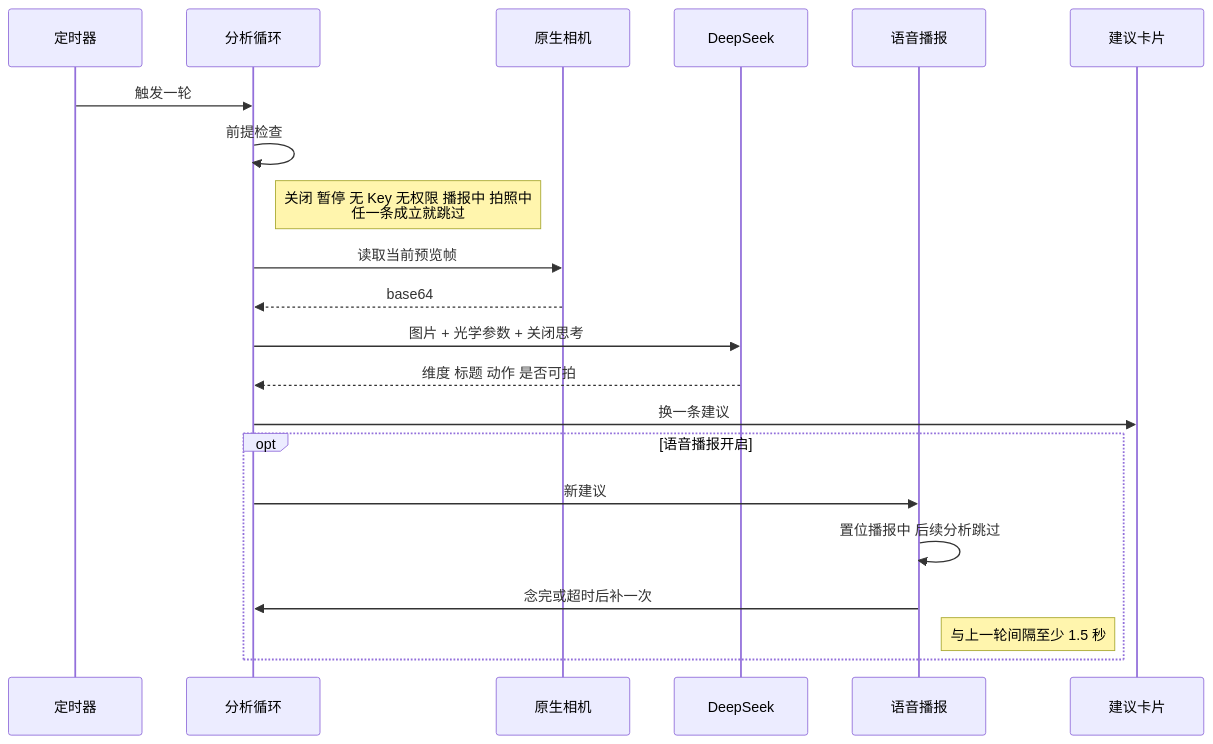
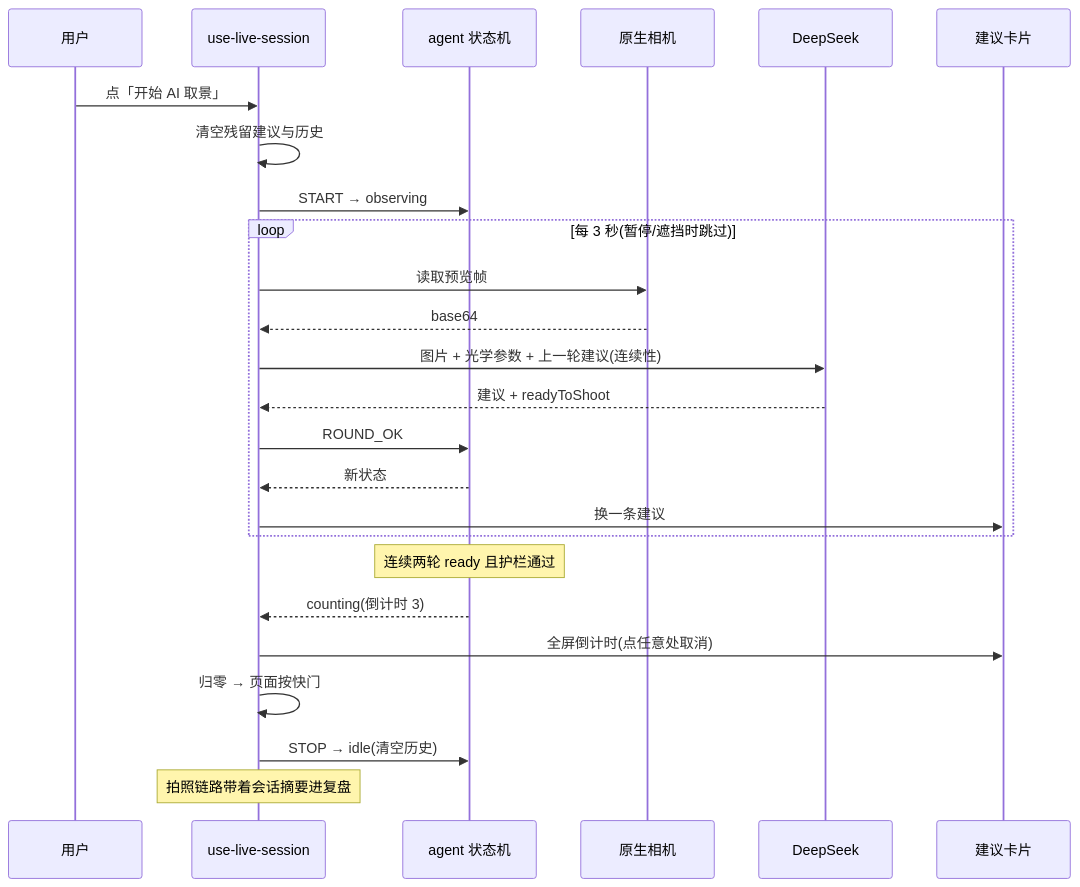
Before and after one commit to summerfallenleaves/ai-guide-photo: the second of 3 diagrams in docs/ARCHITECTURE.md, drawn with Mermaid. The commit also changed other lines of this file and 26 other files, not shown here.

````diff
--- a/docs/ARCHITECTURE.md
+++ b/docs/ARCHITECTURE.md
@@ -78,24 +78,28 @@
 ```mermaid
 sequenceDiagram
-    participant T as 定时器
-    participant L as 分析循环
+    participant U as 用户
+    participant H as use-live-session
+    participant A as agent 状态机
     participant N as 原生相机
     participant D as DeepSeek
-    participant V as 语音播报
-    participant C as 建议卡片
+    participant UI as 建议卡片
 
-    T->>L: 触发一轮
-    L->>L: 前提检查
-    Note right of L: 关闭 暂停 无 Key 无权限 播报中 拍照中<br/>任一条成立就跳过
-    L->>N: 读取当前预览帧
-    N-->>L: base64
-    L->>D: 图片 + 光学参数 + 关闭思考
-    D-->>L: 维度 标题 动作 是否可拍
-    L->>C: 换一条建议
-    opt 语音播报开启
-        L->>V: 新建议
-        V->>V: 置位播报中 后续分析跳过
-        V->>L: 念完或超时后补一次
-        Note right of V: 与上一轮间隔至少 1.5 秒
+    U->>H: 点「开始 AI 取景」
+    H->>H: 清空残留建议与历史
+    H->>A: START → observing
+    loop 每 3 秒(暂停/遮挡时跳过)
+        H->>N: 读取预览帧
+        N-->>H: base64
+        H->>D: 图片 + 光学参数 + 上一轮建议(连续性)
+        D-->>H: 建议 + readyToShoot
+        H->>A: ROUND_OK
+        A-->>H: 新状态
+        H->>UI: 换一条建议
     end
+    Note over A: 连续两轮 ready 且护栏通过
+    A-->>H: counting(倒计时 3)
+    H->>UI: 全屏倒计时(点任意处取消)
+    H->>H: 归零 → 页面按快门
+    H->>A: STOP → idle(清空历史)
+    Note over H: 拍照链路带着会话摘要进复盘
 ```
````
